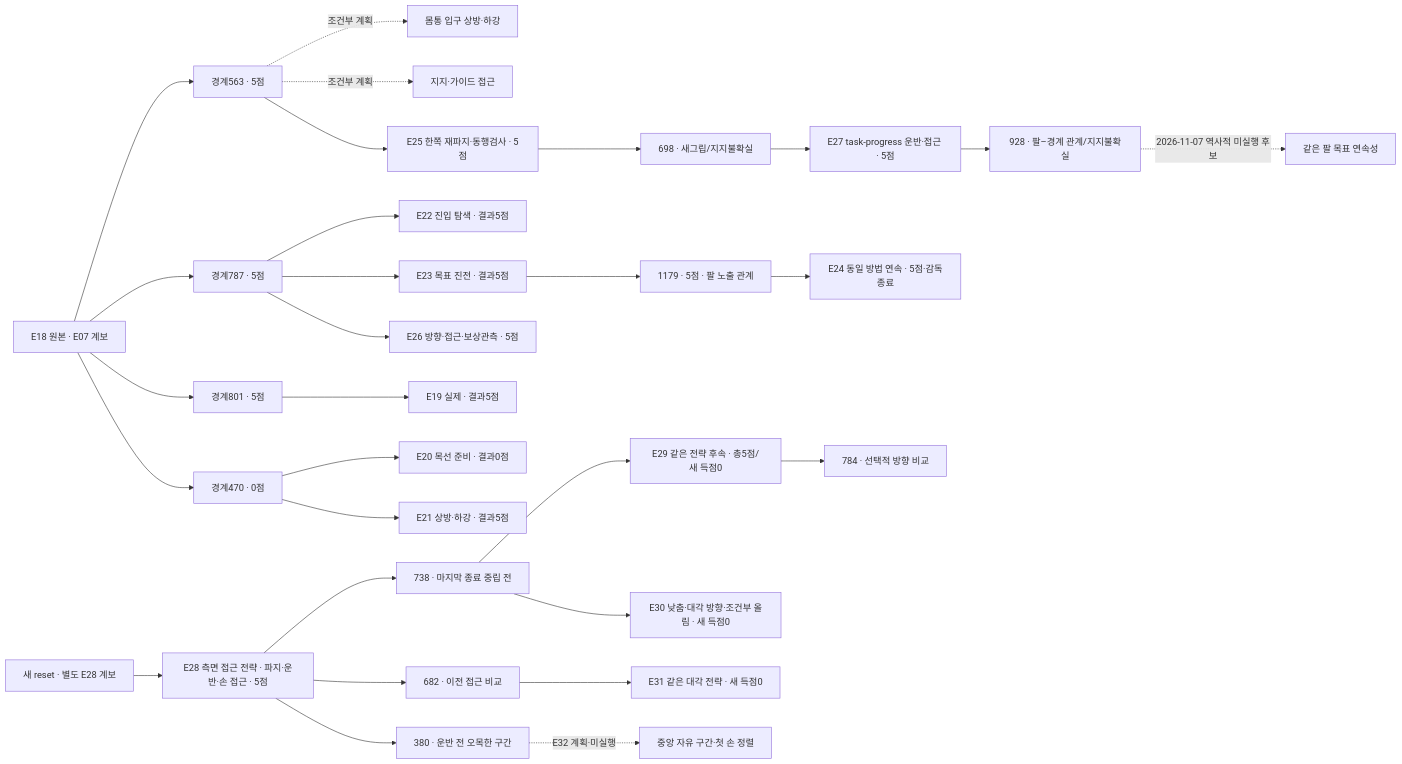
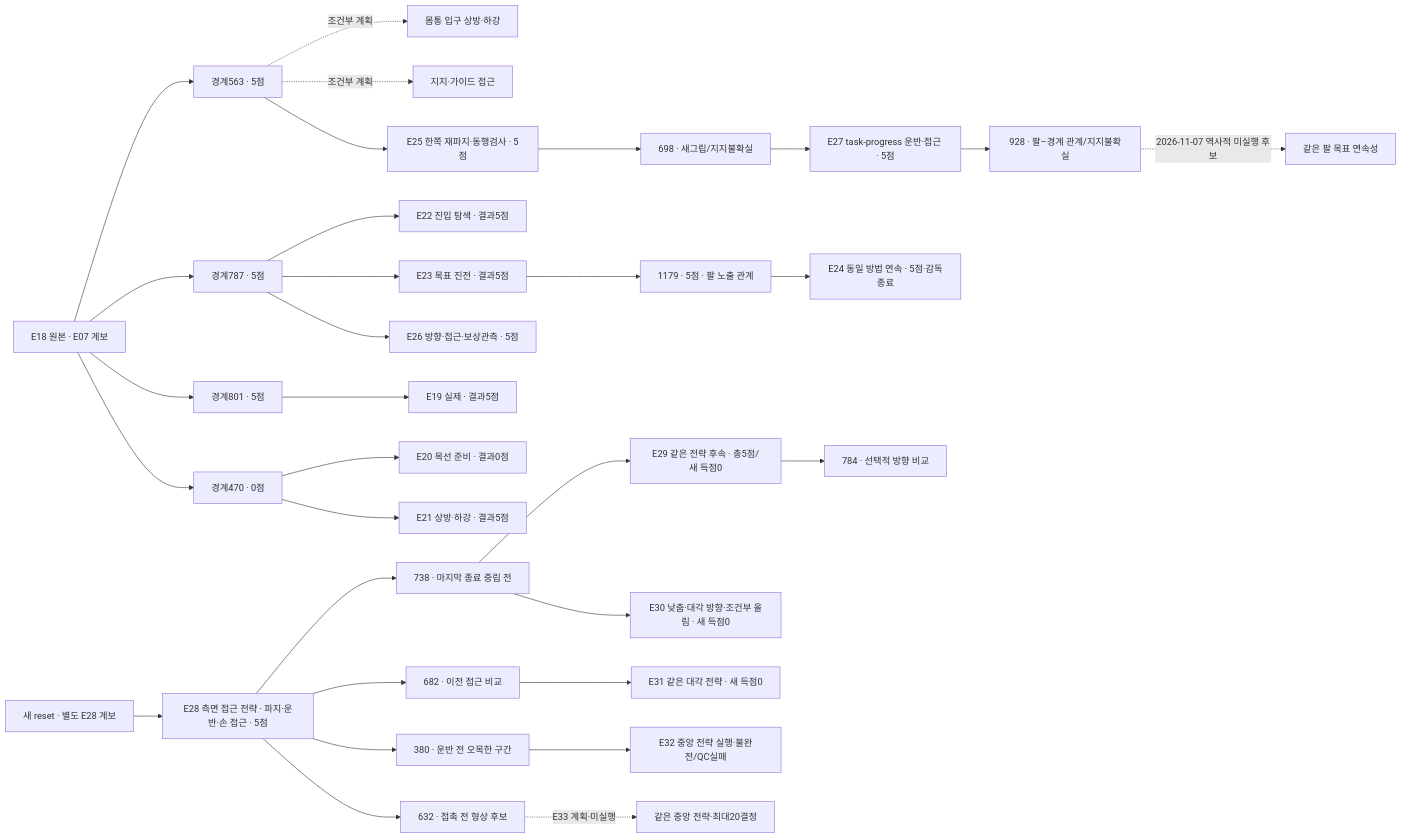
The diagram in docs/collection/catalog/README.ko.md (leonyoon-3dai/PhyRC_2027_phase1), drawn with Mermaid before and after one commit. The commit also changed other lines of this file and 86 other files, not shown here.

````diff
--- a/docs/collection/catalog/README.ko.md
+++ b/docs/collection/catalog/README.ko.md
@@ -37,31 +38,33 @@
 ```mermaid
 flowchart LR
   E18["E18 원본 · E07 계보"] --> P563["경계563 · 5점"]
   E18 --> P787["경계787 · 5점"]
   E18 --> P801["경계801 · 5점"]
   E18 --> P470["경계470 · 0점"]
   P563 -. "조건부 계획" .-> O["몸통 입구 상방·하강"]
   P563 -. "조건부 계획" .-> G["지지·가이드 접근"]
   P801 --> E19["E19 실제 · 결과5점"]
   P470 --> E20["E20 목선 준비 · 결과0점"]
   P470 --> E21["E21 상방·하강 · 결과5점"]
   P787 --> E22["E22 진입 탐색 · 결과5점"]
   P787 --> E23["E23 목표 진전 · 결과5점"]
   E23 --> P1179["1179 · 5점 · 팔 노출 관계"]
   P1179 --> E24["E24 동일 방법 연속 · 5점·감독종료"]
   P563 --> M1["E25 한쪽 재파지·동행검사 · 5점"]
   P787 --> M2["E26 방향·접근·보상관측 · 5점"]
   M1 --> P698["698 · 새그립/지지불확실"]
   P698 --> C["E27 task-progress 운반·접근 · 5점"]
   C --> P928["928 · 팔–경계 관계/지지불확실"]
   P928 -. "2026-11-07 역사적 미실행 후보" .-> S["같은 팔 목표 연속성"]
   F["새 reset · 별도 E28 계보"] --> E28["E28 측면 접근 전략 · 파지·운반·손 접근 · 5점"]
   E28 --> P738["738 · 마지막 종료 중립 전"]
   E28 --> P682["682 · 이전 접근 비교"]
   P738 --> E29["E29 같은 전략 후속 · 총5점/새 득점0"]
   E29 --> P784["784 · 선택적 방향 비교"]
   P738 --> E30["E30 낮춤·대각 방향·조건부 올림 · 새 득점0"]
   P682 --> E31["E31 같은 대각 전략 · 새 득점0"]
   E28 --> P380["380 · 운반 전 오목한 구간"]
-  P380 -. "E32 계획·미실행" .-> N["중앙 자유 구간·첫 손 정렬"]
+  P380 --> N["E32 중앙 전략 실행·불완전/QC실패"]
+  E28 --> P632["632 · 접촉 전 형상 후보"]
+  P632 -. "E33 계획·미실행" .-> N33["같은 중앙 전략·최대20결정"]
 ```
````
